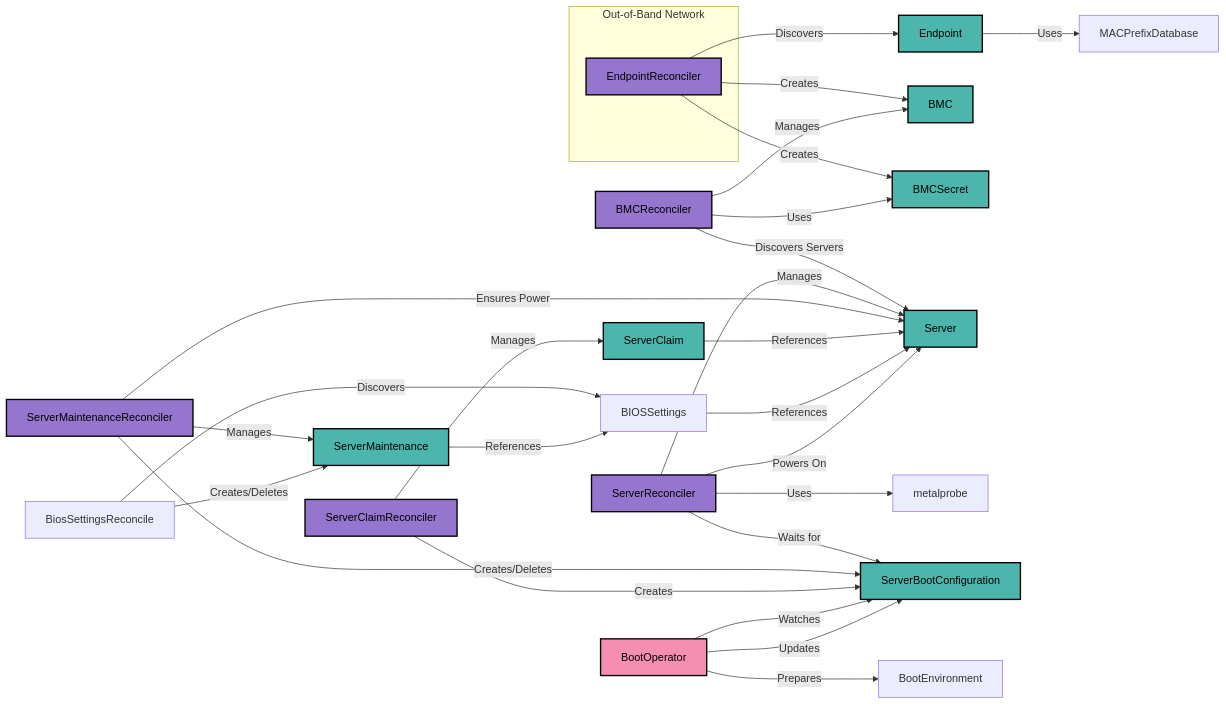
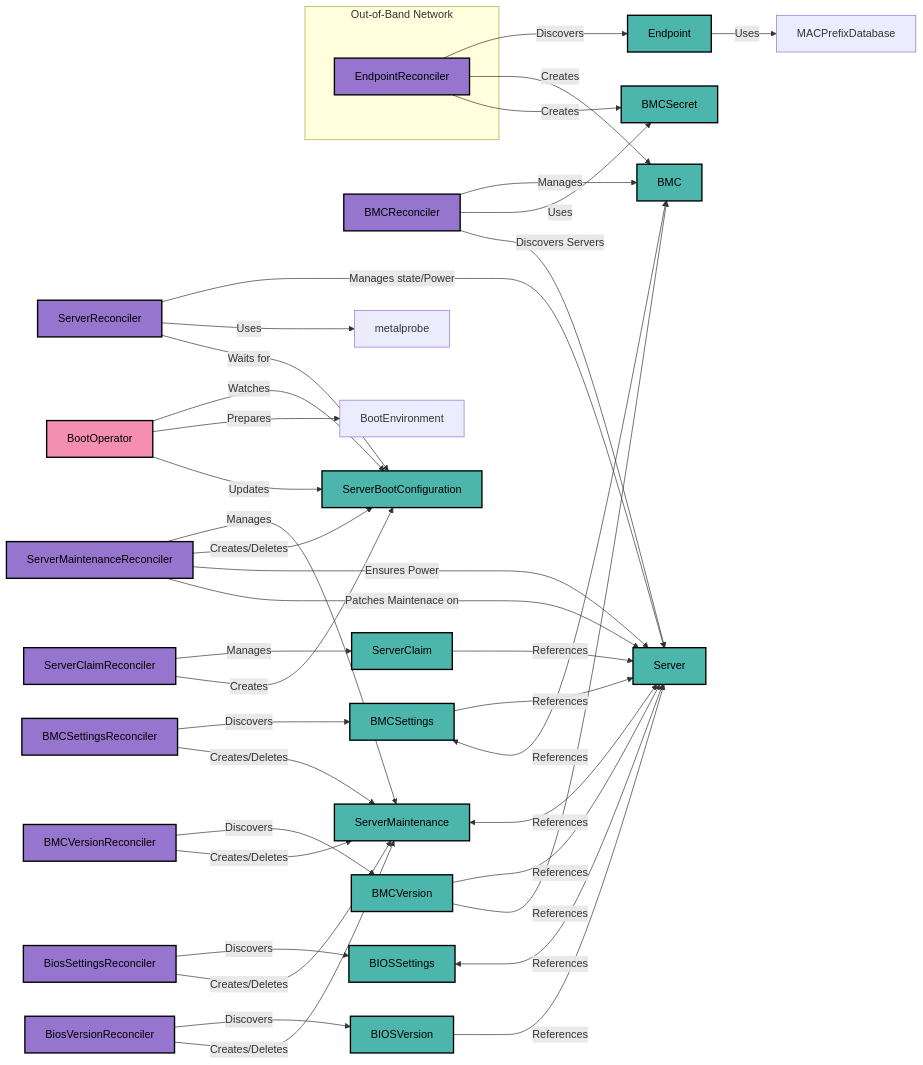
The diagram in docs/architecture.md (ironcore-dev/metal-operator), drawn with Mermaid before and after one commit. The commit also changed other lines of this file and 6 other files, not shown here.

Commit message:
Update docs for bios/bmc maintenance

````diff
--- a/docs/architecture.md
+++ b/docs/architecture.md
@@ -7,44 +7,58 @@
 ```mermaid
 flowchart LR
     subgraph Out-of-Band Network
         EndpointReconciler
     end
     EndpointReconciler -- Discovers --> Endpoint
     Endpoint -- Uses --> MACPrefixDatabase
     EndpointReconciler -- Creates --> BMC & BMCSecret
 
     BMCReconciler -- Manages --> BMC
     BMCReconciler -- Uses --> BMCSecret
     BMCReconciler -- Discovers Servers --> Server
 
-    ServerReconciler -- Manages --> Server
+    ServerReconciler -- Manages state/Power --> Server
     ServerReconciler -- Uses --> metalprobe
     ServerReconciler -- Waits for --> ServerBootConfiguration
     
     ServerMaintenanceReconciler -- Manages --> ServerMaintenance
     ServerMaintenanceReconciler -- Creates/Deletes --> ServerBootConfiguration
     ServerMaintenanceReconciler -- Ensures Power --> Server
+    ServerMaintenanceReconciler -- Patches Maintenace on --> Server
+
+    ServerMaintenance -- References <--> Server
 
     ServerClaimReconciler -- Manages --> ServerClaim
     ServerClaim -- References --> Server
     ServerClaimReconciler -- Creates --> ServerBootConfiguration
 
     BootOperator -- Watches --> ServerBootConfiguration
     BootOperator -- Prepares --> BootEnvironment
     BootOperator -- Updates --> ServerBootConfiguration
 
-    BiosSettingsReconcile -- Discovers --> BIOSSettings
-    BiosSettingsReconcile -- Creates/Deletes --> ServerMaintenance
-    BIOSSettings -- References --> Server
-    ServerMaintenance -- References --> BIOSSettings
+    BiosSettingsReconciler -- Discovers --> BIOSSettings
+    BiosSettingsReconciler -- Creates/Deletes --> ServerMaintenance
+    BIOSSettings -- References <--> Server
 
-    ServerReconciler -- Powers On --> Server
+    BiosVersionReconciler -- Discovers --> BIOSVersion
+    BiosVersionReconciler -- Creates/Deletes --> ServerMaintenance
+    BIOSVersion -- References --> Server
+
+    BMCSettingsReconciler -- Discovers --> BMCSettings
+    BMCSettingsReconciler -- Creates/Deletes --> ServerMaintenance
+    BMCSettings -- References --> Server
+    BMCSettings -- References <--> BMC
+
+    BMCVersionReconciler -- Discovers --> BMCVersion
+    BMCVersionReconciler -- Creates/Deletes --> ServerMaintenance
+    BMCVersion -- References --> Server
+    BMCVersion -- References --> BMC
 
     classDef operator fill:#9575cd, stroke:#000, stroke-width:2px, color:#000;
     classDef crd fill:#4db6ac, stroke:#000, stroke-width:2px, color:#000;
     classDef external fill:#f48fb1, stroke:#000, stroke-width:2px, color:#000;
 
-    class EndpointReconciler,BMCReconciler,ServerReconciler,ServerClaimReconciler,ServerMaintenanceReconciler operator;
-    class Endpoint,BMC,BMCSecret,Server,ServerClaim,ServerBootConfiguration,ServerMaintenance crd;
+    class EndpointReconciler,BMCReconciler,ServerReconciler,ServerClaimReconciler,ServerMaintenanceReconciler,BiosSettingsReconciler,BiosVersionReconciler,BMCSettingsReconciler,BMCVersionReconciler operator;
+    class Endpoint,BMC,BMCSecret,Server,ServerClaim,ServerBootConfiguration,ServerMaintenance,BMCSettings,BMCVersion,BIOSVersion,BIOSSettings crd;
     class BootOperator external;
 ```
````
